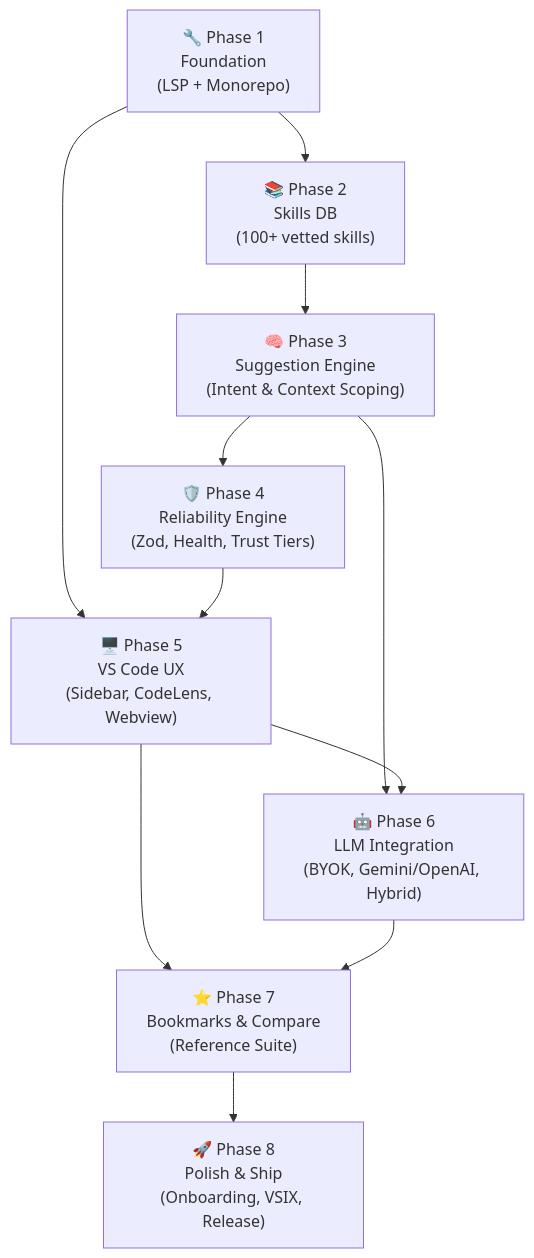
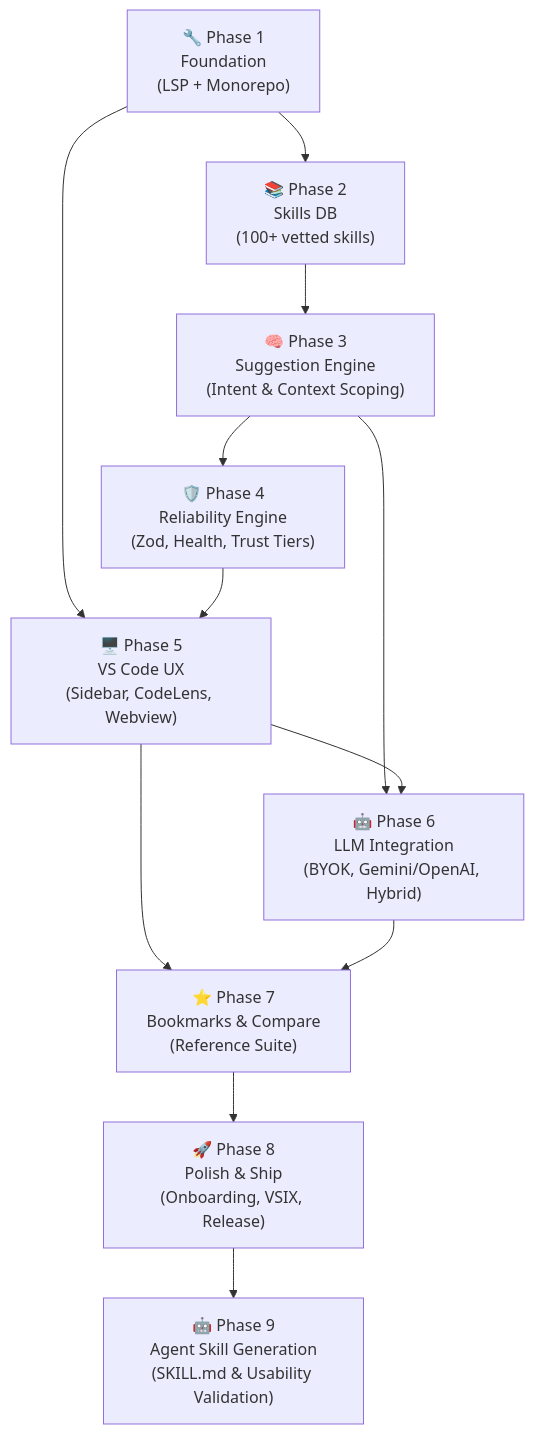
The diagram in .gsd/ROADMAP.md (AugustyaB/SkillForge), drawn with Mermaid before and after one commit. The commit also changed other lines of this file and 20 other files, not shown here.

Commit message:
feat(phase-9): implement AgentSkillGenerator, multi-format SKILL.md/.mdc generation, and agent usability test suite

````diff
--- a/.gsd/ROADMAP.md
+++ b/.gsd/ROADMAP.md
@@ -142,13 +155,14 @@
 ```mermaid
 graph TD
     P1["🔧 Phase 1\nFoundation\n(LSP + Monorepo)"] --> P2["📚 Phase 2\nSkills DB\n(100+ vetted skills)"]
     P1 --> P5["🖥️ Phase 5\nVS Code UX\n(Sidebar, CodeLens, Webview)"]
     P2 --> P3["🧠 Phase 3\nSuggestion Engine\n(Intent & Context Scoping)"]
     P3 --> P4["🛡️ Phase 4\nReliability Engine\n(Zod, Health, Trust Tiers)"]
     P4 --> P5
     P3 --> P6["🤖 Phase 6\nLLM Integration\n(BYOK, Gemini/OpenAI, Hybrid)"]
     P5 --> P6
     P5 --> P7["⭐ Phase 7\nBookmarks & Compare\n(Reference Suite)"]
     P6 --> P7
     P7 --> P8["🚀 Phase 8\nPolish & Ship\n(Onboarding, VSIX, Release)"]
+    P8 --> P9["🤖 Phase 9\nAgent Skill Generation\n(SKILL.md & Usability Validation)"]
 ```
````
